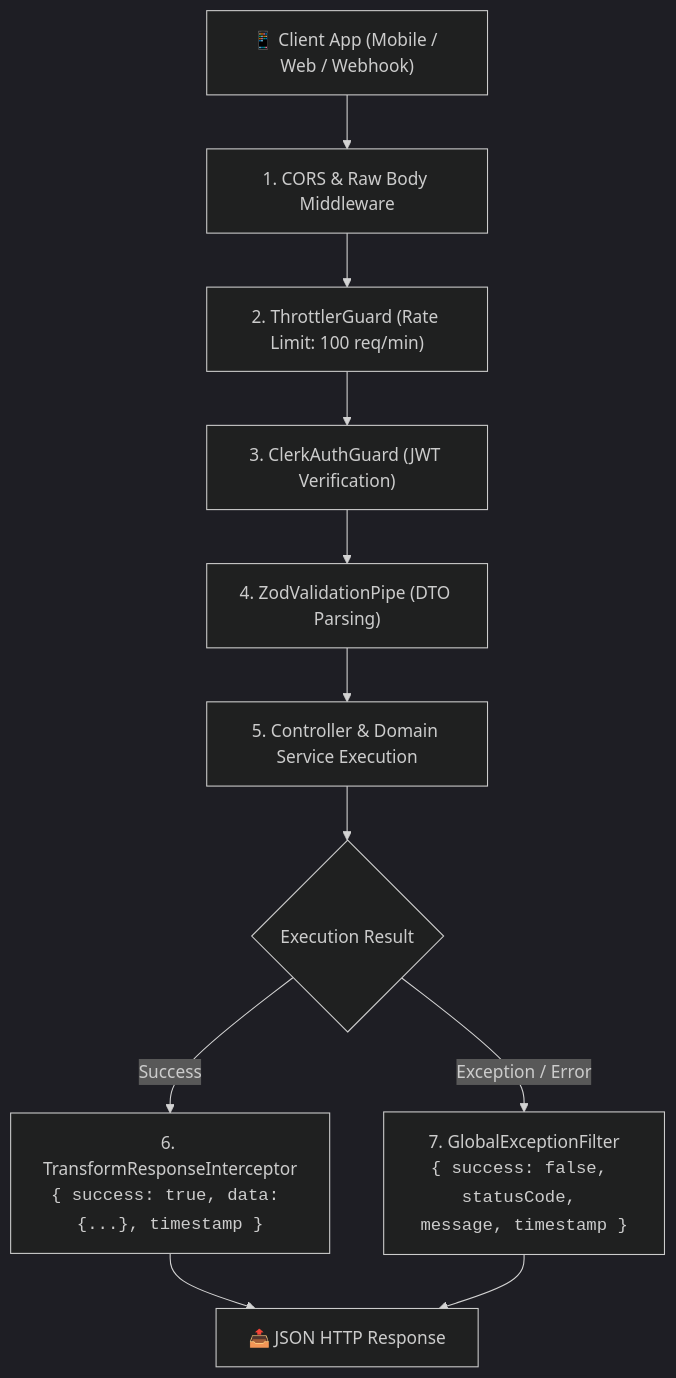
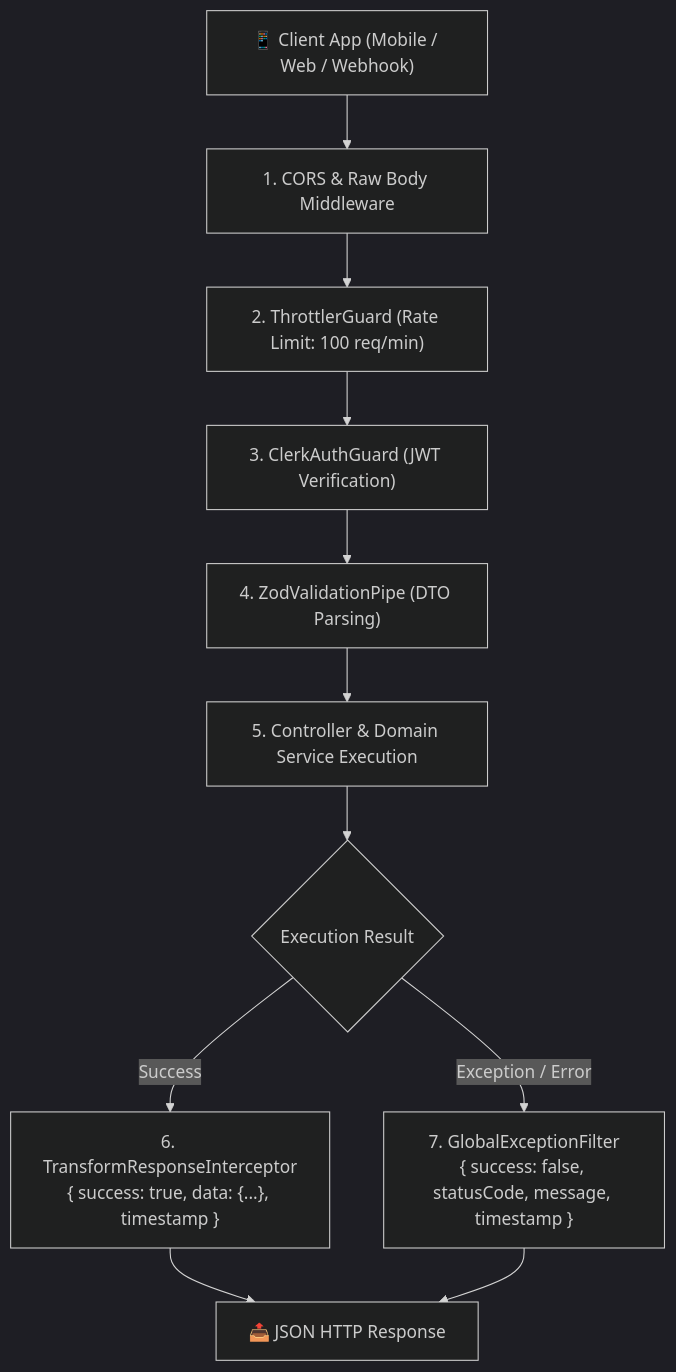
The diagram in docs/overview/system-architecture.md (likha-innovations/sagana-backend), drawn with Mermaid (dark theme) before and after one commit. The commit also changed 4 other files, not shown here.

Commit message:
docs(ui): fix the ui outline of every diagram

````diff
--- a/docs/overview/system-architecture.md
+++ b/docs/overview/system-architecture.md
@@ -11,15 +11,15 @@
 ```mermaid
 flowchart TD
     Client["📱 Client App (Mobile / Web / Webhook)"] --> Middleware["1. CORS & Raw Body Middleware"]
     Middleware --> Throttler["2. ThrottlerGuard (Rate Limit: 100 req/min)"]
     Throttler --> Auth["3. ClerkAuthGuard (JWT Verification)"]
     Auth --> Validation["4. ZodValidationPipe (DTO Parsing)"]
     Validation --> Handler["5. Controller & Domain Service Execution"]
     
     Handler --> Result{Execution Result}
-    Result -->|Success| Interceptor["6. TransformResponseInterceptor<br/><code>{ success: true, data: {...}, timestamp }</code>"]
-    Result -->|Exception / Error| Filter["7. GlobalExceptionFilter<br/><code>{ success: false, statusCode, message, timestamp }</code>"]
+    Result -->|Success| Interceptor["6. TransformResponseInterceptor<br/>{ success: true, data: {...}, timestamp }"]
+    Result -->|Exception / Error| Filter["7. GlobalExceptionFilter<br/>{ success: false, statusCode, message, timestamp }"]
     
     Interceptor --> Response["📤 JSON HTTP Response"]
     Filter --> Response
 ```
````
